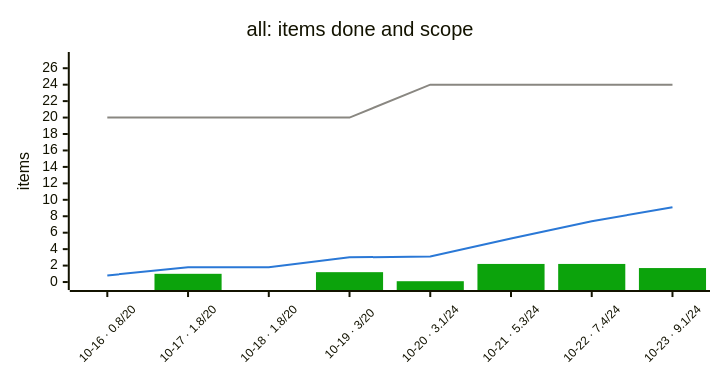
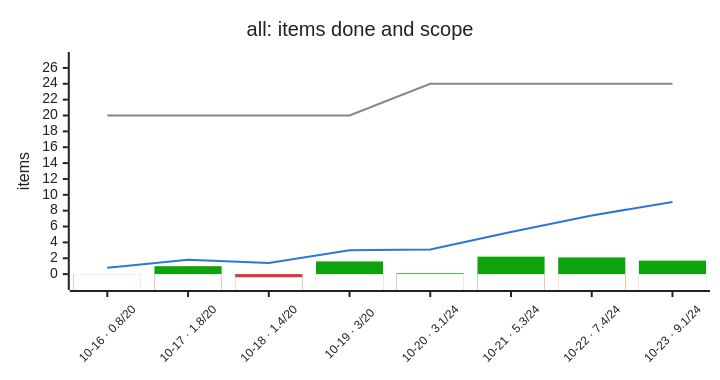
One commit to bvraghav/pmtrack changed the first of 2 diagrams in examples/trend-sample.md. Above: the diagram before and after it, drawn with Mermaid. The commit also changed other lines of this file and 4 other files, not shown here.

Commit message:
Charts: bars start at 0 by masking with the background; losses drawn below 0; true values only

````diff
--- a/examples/trend-sample.md
+++ b/examples/trend-sample.md
@@ -21,10 +25,13 @@
 ```mermaid
-%%{init: {"themeVariables": {"xyChart": {"plotColorPalette": "#0ca30c,#898781,#2a78d6"}}, "xyChart": {"height": 360, "xAxis": {"labelRotation": -45, "labelFontSize": 12}}}}%%
+%%{init: {"themeVariables": {"xyChart": {"backgroundColor": "#ffffff", "titleColor": "#222222", "plotColorPalette": "#0ca30c,#ffffff,#d03b3b,#ffffff,#898781,#2a78d6", "xAxisLabelColor": "#222222", "xAxisTitleColor": "#222222", "xAxisTickColor": "#222222", "xAxisLineColor": "#222222", "yAxisLabelColor": "#222222", "yAxisTitleColor": "#222222", "yAxisTickColor": "#222222", "yAxisLineColor": "#222222"}}, "xyChart": {"height": 360, "xAxis": {"labelRotation": -45, "labelFontSize": 12}}}}%%
 xychart-beta
   title "all: items done and scope"
-  x-axis ["10-16 · 0.8/20", "10-17 · 1.8/20", "10-18 · 1.8/20", "10-19 · 3/20", "10-20 · 3.1/24", "10-21 · 5.3/24", "10-22 · 7.4/24", "10-23 · 9.1/24"]
-  y-axis "items" 0 --> 27
-  bar [-27, 1, -27, 1.2, 0.1, 2.2, 2.2, 1.7]
+  x-axis ["10-16 · 0.8/20", "10-17 · 1.8/20", "10-18 · 1.4/20", "10-19 · 3/20", "10-20 · 3.1/24", "10-21 · 5.3/24", "10-22 · 7.4/24", "10-23 · 9.1/24"]
+  y-axis "items" -1 --> 27
+  bar [0, 1, 0, 1.6, 0.1, 2.2, 2.1, 1.7]
+  bar [0, 0, 0, 0, 0, 0, 0, 0]
+  bar [0, 0, 0, 0, 0, 0, 0, 0]
+  bar [0, 0, -0.4, 0, 0, 0, 0, 0]
   line [20, 20, 20, 20, 24, 24, 24, 24]
-  line [0.8, 1.8, 1.8, 3, 3.1, 5.3, 7.4, 9.1]
+  line [0.8, 1.8, 1.4, 3, 3.1, 5.3, 7.4, 9.1]
 ```
````
